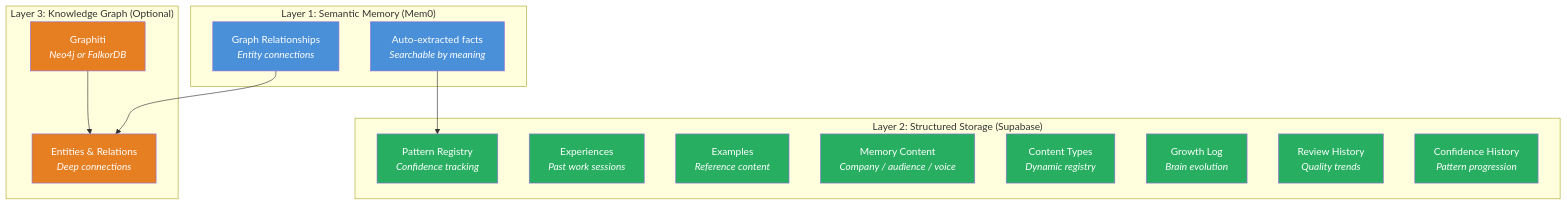
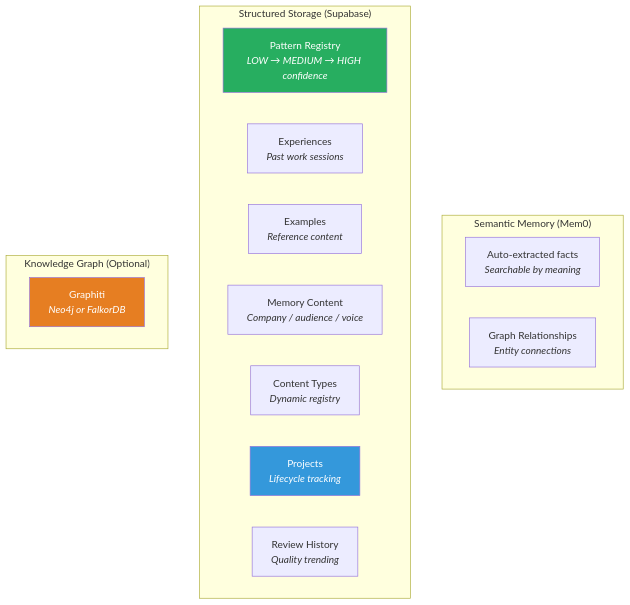
The fourth of 4 diagrams in README.md (ryanjosebrosas/second-brain-ultimatum), drawn with Mermaid before and after one commit. The commit also changed other lines of this file and 27 other files, not shown here.

````diff
--- a/README.md
+++ b/README.md
@@ -398,40 +359,25 @@
 ```mermaid
 graph TD
-    subgraph "Layer 1: Semantic Memory (Mem0)"
+    subgraph "Semantic Memory (Mem0)"
         SM["Auto-extracted facts<br/><i>Searchable by meaning</i>"]
         GR["Graph Relationships<br/><i>Entity connections</i>"]
     end
 
-    subgraph "Layer 2: Structured Storage (Supabase)"
-        PAT["Pattern Registry<br/><i>Confidence tracking</i>"]
+    subgraph "Structured Storage (Supabase)"
+        PAT["Pattern Registry<br/><i>LOW → MEDIUM → HIGH confidence</i>"]
         EXP["Experiences<br/><i>Past work sessions</i>"]
         EX["Examples<br/><i>Reference content</i>"]
         MC["Memory Content<br/><i>Company / audience / voice</i>"]
         CT["Content Types<br/><i>Dynamic registry</i>"]
-        GL["Growth Log<br/><i>Brain evolution</i>"]
-        RH["Review History<br/><i>Quality trends</i>"]
-        CH["Confidence History<br/><i>Pattern progression</i>"]
+        PJ["Projects<br/><i>Lifecycle tracking</i>"]
+        RH["Review History<br/><i>Quality trending</i>"]
     end
 
-    subgraph "Layer 3: Knowledge Graph (Optional)"
+    subgraph "Knowledge Graph (Optional)"
         GI["Graphiti<br/><i>Neo4j or FalkorDB</i>"]
-        ENT["Entities & Relations<br/><i>Deep connections</i>"]
     end
 
-    SM --> PAT
-    GR --> ENT
-    GI --> ENT
-
-    style SM fill:#4a90d9,color:#fff
-    style GR fill:#4a90d9,color:#fff
     style PAT fill:#27ae60,color:#fff
-    style EXP fill:#27ae60,color:#fff
-    style EX fill:#27ae60,color:#fff
-    style MC fill:#27ae60,color:#fff
-    style CT fill:#27ae60,color:#fff
-    style GL fill:#27ae60,color:#fff
-    style RH fill:#27ae60,color:#fff
-    style CH fill:#27ae60,color:#fff
+    style PJ fill:#3498db,color:#fff
     style GI fill:#e67e22,color:#fff
-    style ENT fill:#e67e22,color:#fff
 ```
````
